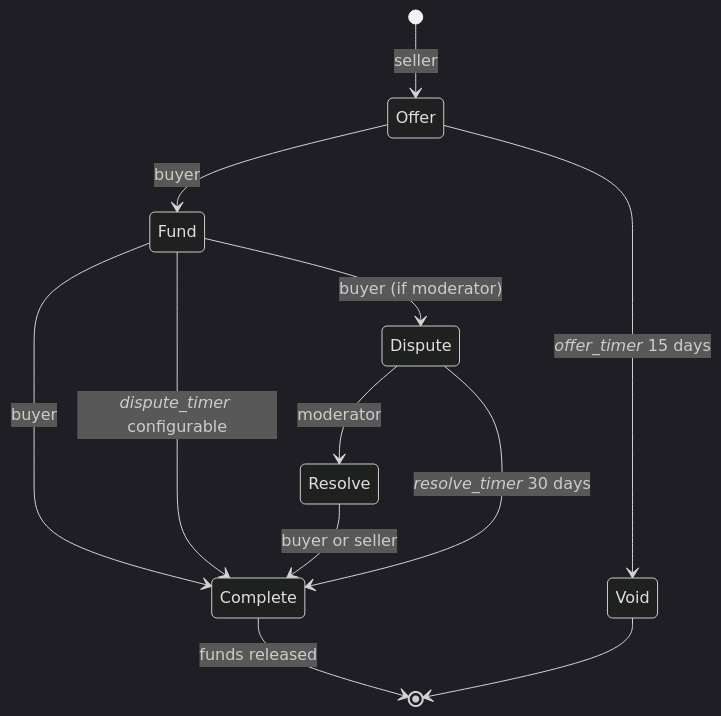
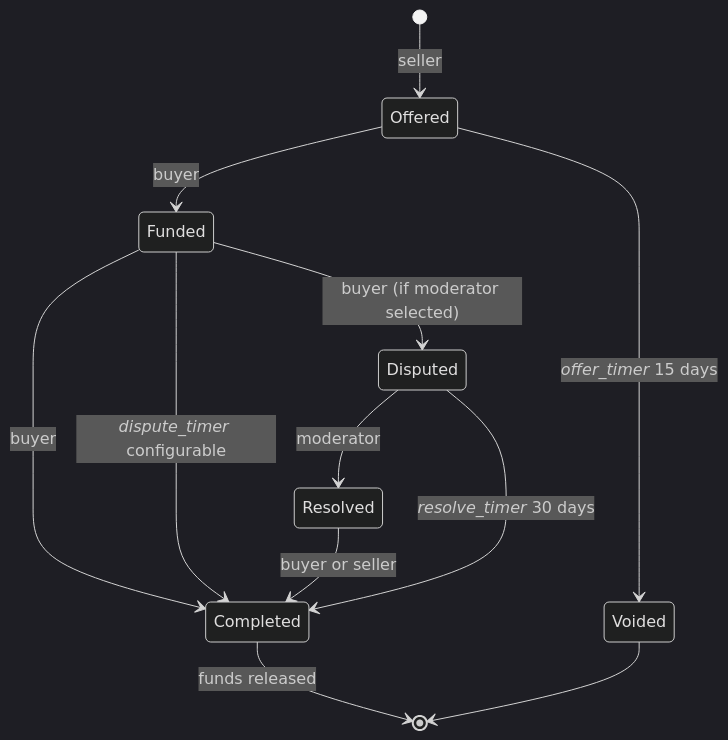
Before and after one commit to synbionet/doc.synbionet: the diagram in docs/exchange.md, drawn with Mermaid (dark theme). The commit also changed other lines of this file and 3 other files, not shown here.

````diff
--- a/docs/exchange.md
+++ b/docs/exchange.md
@@ -13,16 +13,16 @@
 ```mermaid
 stateDiagram
-    [*] --> Offer: seller
-    Offer --> Fund: buyer
-    Offer --> Void: *offer_timer* 15 days
+    [*] --> Offered: seller
+    Offered --> Funded: buyer
+    Offered --> Voided: *offer_timer* 15 days
 
-    Fund --> Complete: buyer
-    Fund --> Dispute: buyer (if moderator)
-    Fund --> Complete: *dispute_timer* configurable
+    Funded --> Completed: buyer
+    Funded --> Disputed: buyer (if moderator selected)
+    Funded --> Completed: *dispute_timer* configurable
 
-    Dispute --> Resolve: moderator
-    Resolve --> Complete: buyer or seller
-    Dispute --> Complete: *resolve_timer* 30 days
-    Complete --> [*]: funds released
-    Void --> [*]
+    Disputed --> Resolved: moderator
+    Resolved --> Completed: buyer or seller
+    Disputed --> Completed: *resolve_timer* 30 days
+    Completed --> [*]: funds released
+    Voided --> [*]
 ``` 
````
